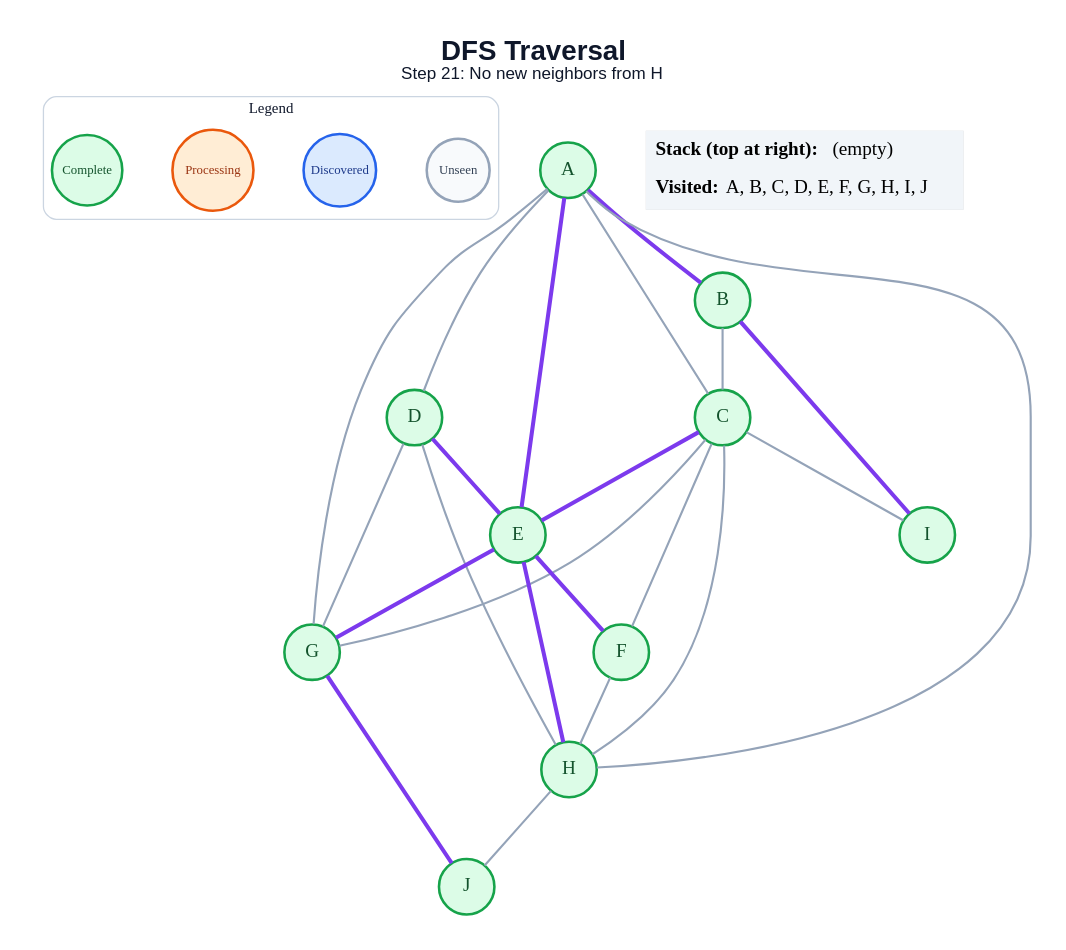
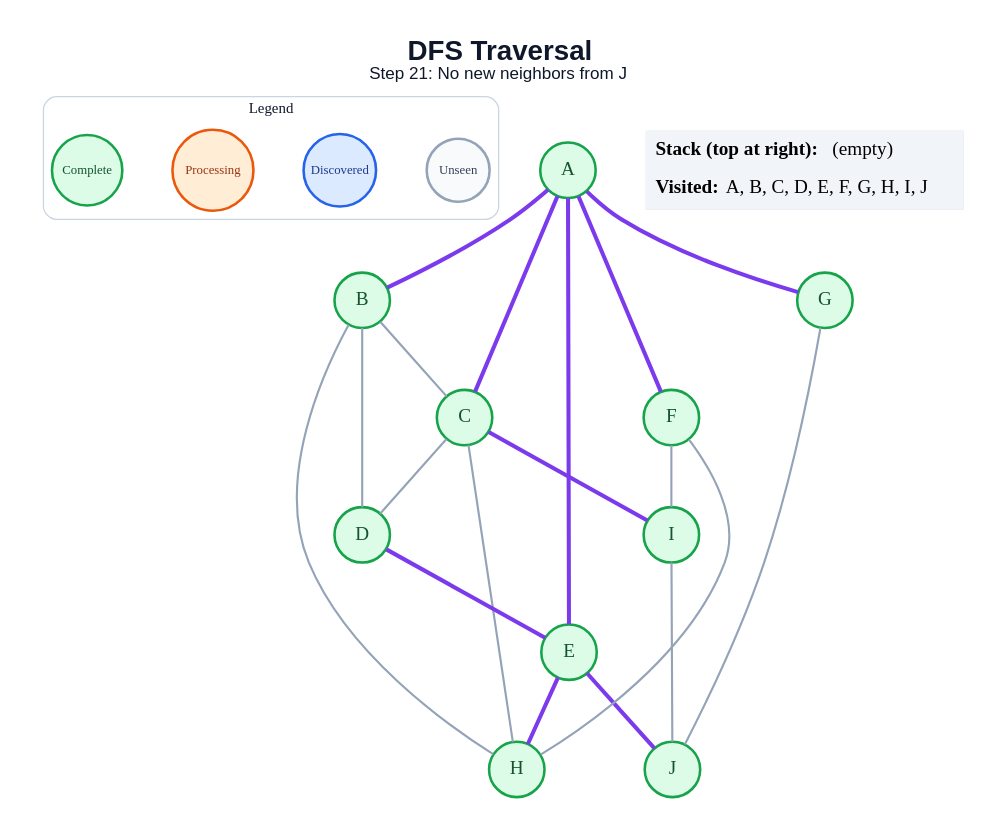
Before and after one commit to amanghodawala9/ai-slop: the diagram in generated/specific-node/dfs/step_21.dot, drawn with Graphviz. The commit also changed 178 other files, not shown here.

```diff
--- a/generated/specific-node/dfs/step_21.dot
+++ b/generated/specific-node/dfs/step_21.dot
@@ -1,51 +1,47 @@
 graph traversal {
   graph [layout=dot, rankdir=TB, bgcolor="#FFFFFF", pad="0.35", nodesep="0.65", ranksep="0.8", fontname="Arial"];
   node [shape=circle, style="filled", fontname="Arial Bold", fontsize=18, width=0.72, fixedsize=true, penwidth=2.4];
   edge [color="#94A3B8", penwidth=2.0];
-  label=<<B>DFS Traversal</B><BR/><FONT POINT-SIZE="16">Step 21: No new neighbors from H</FONT>>; labelloc="t"; fontsize=26; fontname="Arial"; fontcolor="#0F172A";
+  label=<<B>DFS Traversal</B><BR/><FONT POINT-SIZE="16">Step 21: No new neighbors from J</FONT>>; labelloc="t"; fontsize=26; fontname="Arial"; fontcolor="#0F172A";
   subgraph cluster_legend { label="Legend"; color="#CBD5E1"; penwidth=1.2; style="rounded"; fontsize=14; fontname="Arial Bold";
     key_unseen [label="Unseen", fillcolor="#F8FAFC", color="#94A3B8", fontcolor="#334155", fontsize=12, width=0.82];
     key_frontier [label="Discovered", fillcolor="#DBEAFE", color="#2563EB", fontcolor="#1E3A8A", fontsize=12, width=0.95];
     key_current [label="Processing", fillcolor="#FFEDD5", color="#EA580C", fontcolor="#9A3412", fontsize=12, width=1.05];
     key_done [label="Complete", fillcolor="#DCFCE7", color="#16A34A", fontcolor="#14532D", fontsize=12, width=0.92];
     { rank=same; key_unseen; key_frontier; key_current; key_done; }
   }
   A [fillcolor="#DCFCE7", color="#16A34A", fontcolor="#14532D"];
   B [fillcolor="#DCFCE7", color="#16A34A", fontcolor="#14532D"];
   C [fillcolor="#DCFCE7", color="#16A34A", fontcolor="#14532D"];
   D [fillcolor="#DCFCE7", color="#16A34A", fontcolor="#14532D"];
   E [fillcolor="#DCFCE7", color="#16A34A", fontcolor="#14532D"];
   F [fillcolor="#DCFCE7", color="#16A34A", fontcolor="#14532D"];
   G [fillcolor="#DCFCE7", color="#16A34A", fontcolor="#14532D"];
   H [fillcolor="#DCFCE7", color="#16A34A", fontcolor="#14532D"];
   I [fillcolor="#DCFCE7", color="#16A34A", fontcolor="#14532D"];
   J [fillcolor="#DCFCE7", color="#16A34A", fontcolor="#14532D"];
   A -- B [color="#7C3AED", penwidth=3.8];
-  A -- C;
-  A -- D;
+  A -- C [color="#7C3AED", penwidth=3.8];
   A -- E [color="#7C3AED", penwidth=3.8];
-  A -- G;
-  A -- H;
+  A -- F [color="#7C3AED", penwidth=3.8];
+  A -- G [color="#7C3AED", penwidth=3.8];
   B -- C;
-  B -- I [color="#7C3AED", penwidth=3.8];
-  C -- E [color="#7C3AED", penwidth=3.8];
-  C -- F;
-  C -- G;
+  B -- D;
+  B -- H;
+  C -- D;
   C -- H;
-  C -- I;
+  C -- I [color="#7C3AED", penwidth=3.8];
   D -- E [color="#7C3AED", penwidth=3.8];
-  D -- G;
-  D -- H;
-  E -- F [color="#7C3AED", penwidth=3.8];
-  E -- G [color="#7C3AED", penwidth=3.8];
   E -- H [color="#7C3AED", penwidth=3.8];
+  E -- J [color="#7C3AED", penwidth=3.8];
   F -- H;
-  G -- J [color="#7C3AED", penwidth=3.8];
-  H -- J;
+  F -- I;
+  G -- J;
+  I -- J;
   status [shape=plain, fixedsize=false, width=0, height=0, margin=0, label=<
     <TABLE BORDER="0" CELLBORDER="0" CELLPADDING="7" BGCOLOR="#F1F5F9">
       <TR><TD ALIGN="LEFT"><B>Stack (top at right):</B> (empty)</TD></TR>
       <TR><TD ALIGN="LEFT"><B>Visited:</B> A, B, C, D, E, F, G, H, I, J</TD></TR>
     </TABLE>
   >];
 }
```
